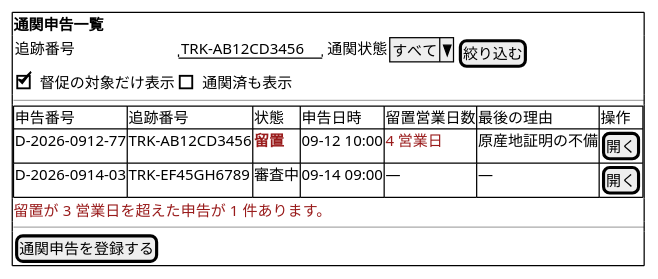
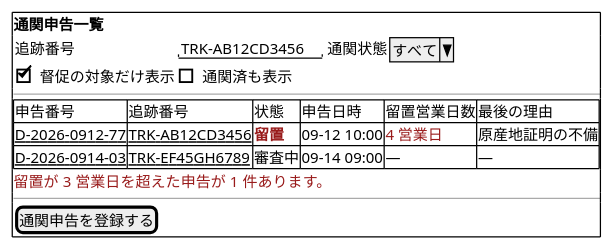
Before and after one commit to k2works/case-study-cargo-tracker: diagram 26 of 35 in docs/design/cargo-tracker/ui_design.md, drawn with PlantUML. The commit also changed other lines of this file and 18 other files, not shown here.

````diff
--- a/docs/design/cargo-tracker/ui_design.md
+++ b/docs/design/cargo-tracker/ui_design.md
@@ -1184,20 +1184,20 @@
 ```plantuml
 @startsalt
 {+
   <b>通関申告一覧
   {
-    追跡番号 | "TRK-AB12CD3456" | 通関状態 | ^すべて^ | [絞り込む]
+    追跡番号 | "TRK-AB12CD3456" | 通関状態 | ^すべて^
     [X] 督促の対象だけ表示 | [ ] 通関済も表示
   }
   ---
   {#
-    申告番号 | 追跡番号 | 状態 | 申告日時 | 留置営業日数 | 最後の理由 | 操作
-    D-2026-0912-77 | TRK-AB12CD3456 | <color:#991B1B><b>留置</b></color> | 09-12 10:00 | <color:#991B1B>4 営業日</color> | 原産地証明の不備 | [開く]
-    D-2026-0914-03 | TRK-EF45GH6789 | 審査中 | 09-14 09:00 | — | — | [開く]
+    申告番号 | 追跡番号 | 状態 | 申告日時 | 留置営業日数 | 最後の理由
+    <u>D-2026-0912-77</u> | <u>TRK-AB12CD3456</u> | <color:#991B1B><b>留置</b></color> | 09-12 10:00 | <color:#991B1B>4 営業日</color> | 原産地証明の不備
+    <u>D-2026-0914-03</u> | <u>TRK-EF45GH6789</u> | 審査中 | 09-14 09:00 | — | —
   }
   <color:#991B1B>留置が 3 営業日を超えた申告が 1 件あります。</color>
   ---
   [通関申告を登録する]
 }
 @endsalt
 ```
````
